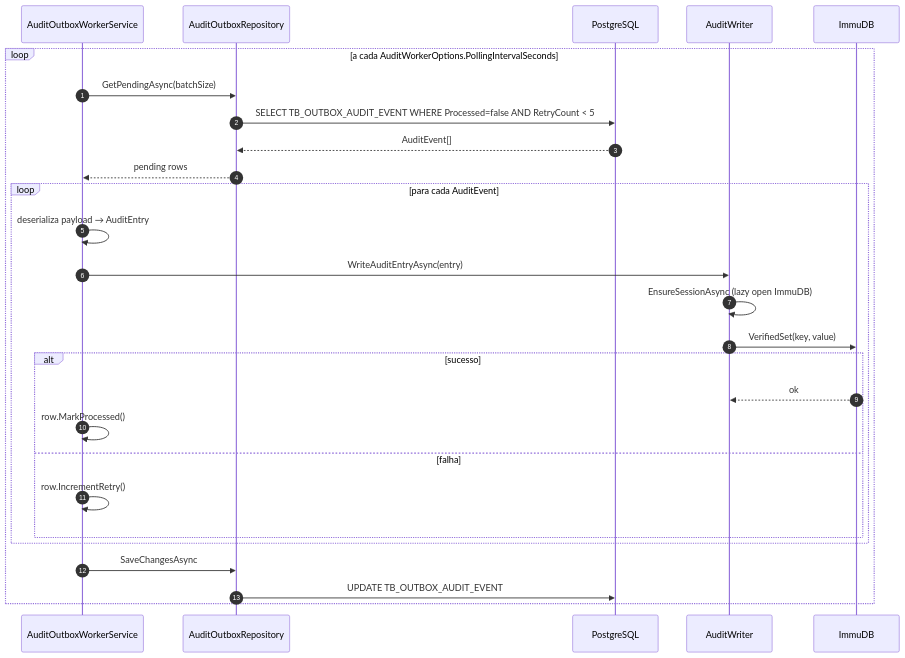
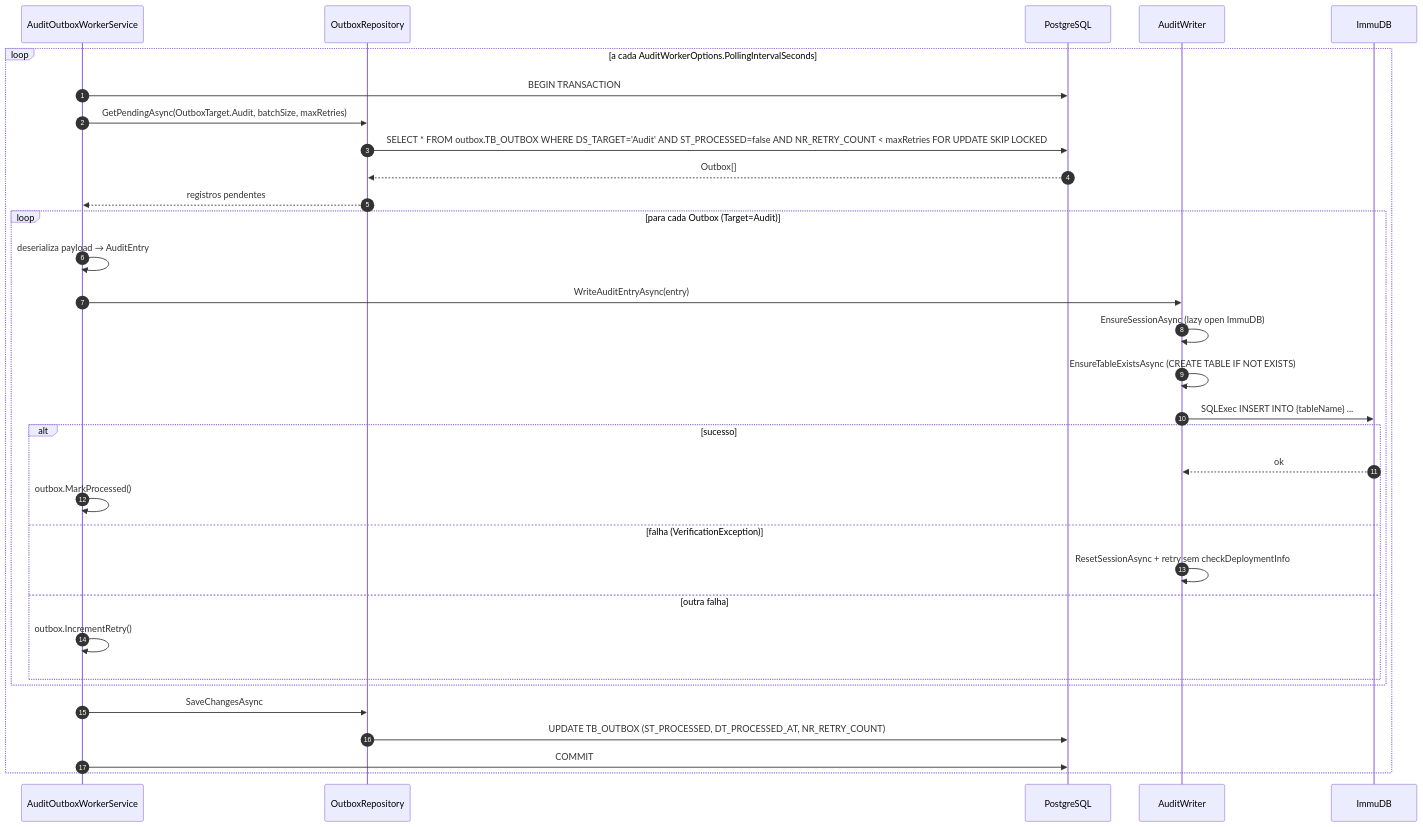
One commit to filipececcon/arch-challenge changed the sixth of 6 diagrams in docs/architecture/cashflow/layer-09-immutable.md. Above: the diagram before and after it, drawn with Mermaid. The commit also changed other lines of this file and 38 other files, not shown here.

First line of the commit message:
Refactor Cashflow architecture docs for account aggregate and unified outbox

````diff
--- a/docs/architecture/cashflow/layer-09-immutable.md
+++ b/docs/architecture/cashflow/layer-09-immutable.md
@@ -276,32 +237,37 @@
 ```mermaid
 sequenceDiagram
     autonumber
     participant W as AuditOutboxWorkerService
-    participant R as AuditOutboxRepository
+    participant R as OutboxRepository
     participant PG as PostgreSQL
     participant IW as AuditWriter
     participant IM as ImmuDB
 
     loop a cada AuditWorkerOptions.PollingIntervalSeconds
-        W->>R: GetPendingAsync(batchSize)
-        R->>PG: SELECT TB_OUTBOX_AUDIT_EVENT WHERE Processed=false AND RetryCount < 5
-        PG-->>R: AuditEvent[]
-        R-->>W: pending rows
+        W->>PG: BEGIN TRANSACTION
+        W->>R: GetPendingAsync(OutboxTarget.Audit, batchSize, maxRetries)
+        R->>PG: SELECT * FROM outbox.TB_OUTBOX WHERE DS_TARGET='Audit' AND ST_PROCESSED=false AND NR_RETRY_COUNT < maxRetries FOR UPDATE SKIP LOCKED
+        PG-->>R: Outbox[]
+        R-->>W: registros pendentes
 
-        loop para cada AuditEvent
+        loop para cada Outbox (Target=Audit)
             W->>W: deserializa payload → AuditEntry
             W->>IW: WriteAuditEntryAsync(entry)
             IW->>IW: EnsureSessionAsync (lazy open ImmuDB)
-            IW->>IM: VerifiedSet(key, value)
+            IW->>IW: EnsureTableExistsAsync (CREATE TABLE IF NOT EXISTS)
+            IW->>IM: SQLExec INSERT INTO {tableName} ...
             alt sucesso
                 IM-->>IW: ok
-                W->>W: row.MarkProcessed()
-            else falha
-                W->>W: row.IncrementRetry()
+                W->>W: outbox.MarkProcessed()
+            else falha (VerificationException)
+                IW->>IW: ResetSessionAsync + retry sem checkDeploymentInfo
+            else outra falha
+                W->>W: outbox.IncrementRetry()
             end
         end
 
         W->>R: SaveChangesAsync
-        R->>PG: UPDATE TB_OUTBOX_AUDIT_EVENT
+        R->>PG: UPDATE TB_OUTBOX (ST_PROCESSED, DT_PROCESSED_AT, NR_RETRY_COUNT)
+        W->>PG: COMMIT
     end
 ```
````
